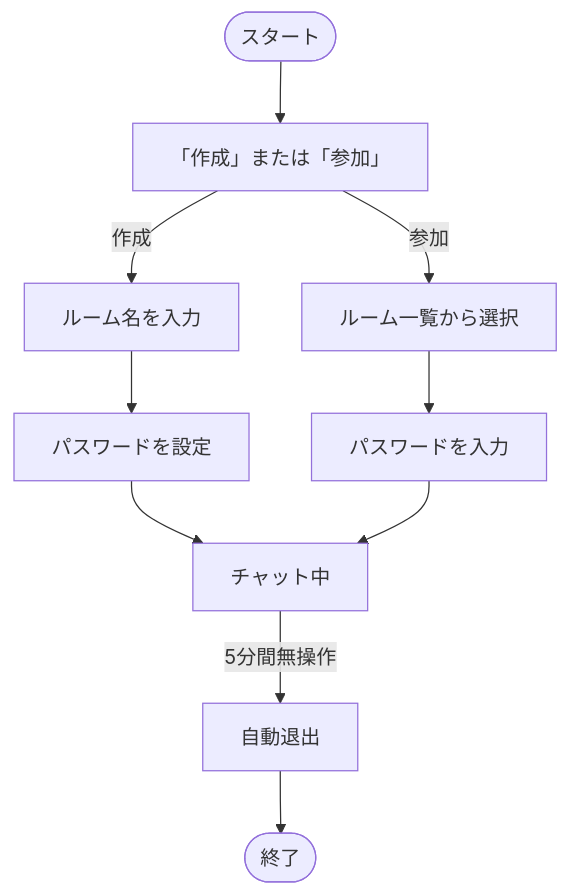
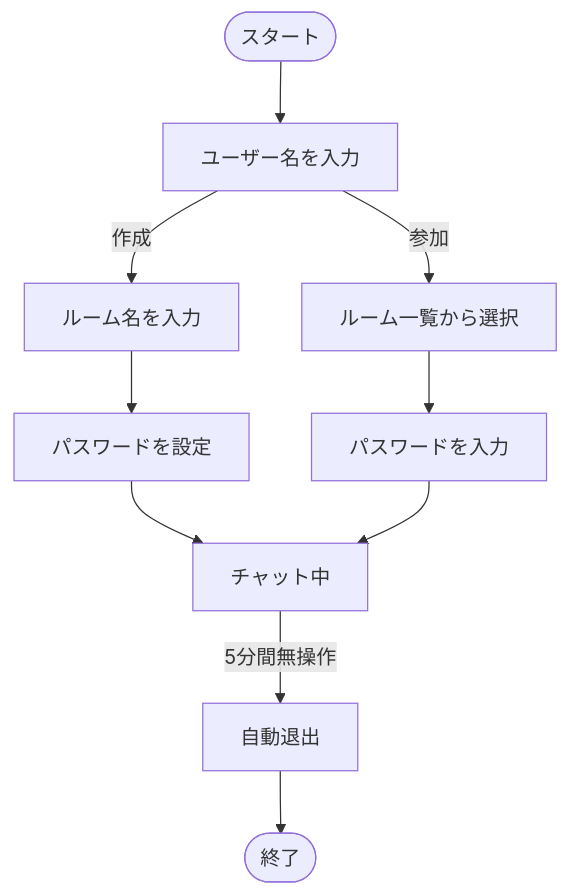
One commit to BackendExplorer/Online-Chat-Service changed the first of 5 diagrams in README.md. Above: the diagram before and after it, drawn with Mermaid.

````diff
--- a/README.md
+++ b/README.md
@@ -1,21 +1,22 @@
 ```mermaid
 flowchart TD
 %%─── ノード定義 ───
 Start([スタート])
-選択["「作成」または「参加」"]
+選択["ユーザー名を入力"]
 ルーム名入力[ルーム名を入力]
 パスワード設定[パスワードを設定]
 ルーム一覧[ルーム一覧から選択]
 パスワード入力[パスワードを入力]
 チャット中[チャット中]
 自動退出[自動退出]
 End([終了])
 
 %%─── フロー定義 ───
 Start --> 選択
 選択 -- 作成 --> ルーム名入力 --> パスワード設定 --> チャット中
 選択 -- 参加 --> ルーム一覧 --> パスワード入力 --> チャット中
 チャット中 -->|5分間無操作| 自動退出 --> End
 
 
+
 ```
````
